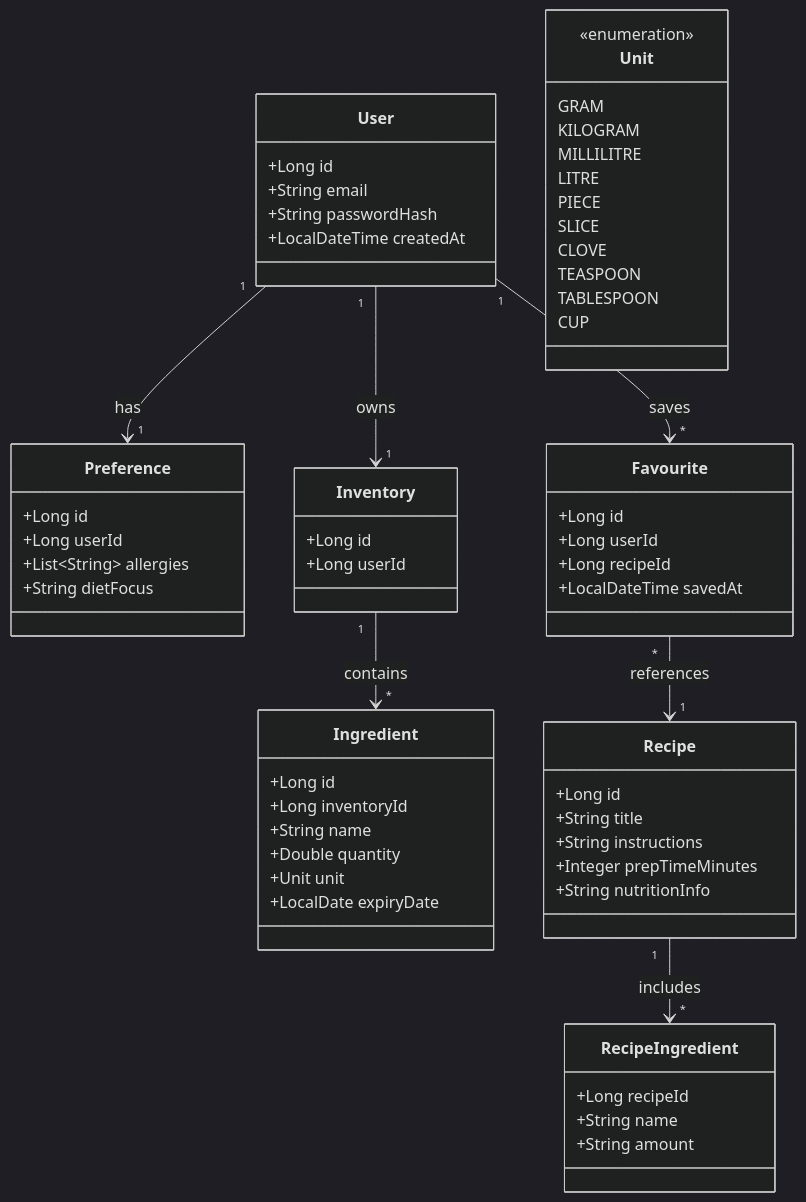
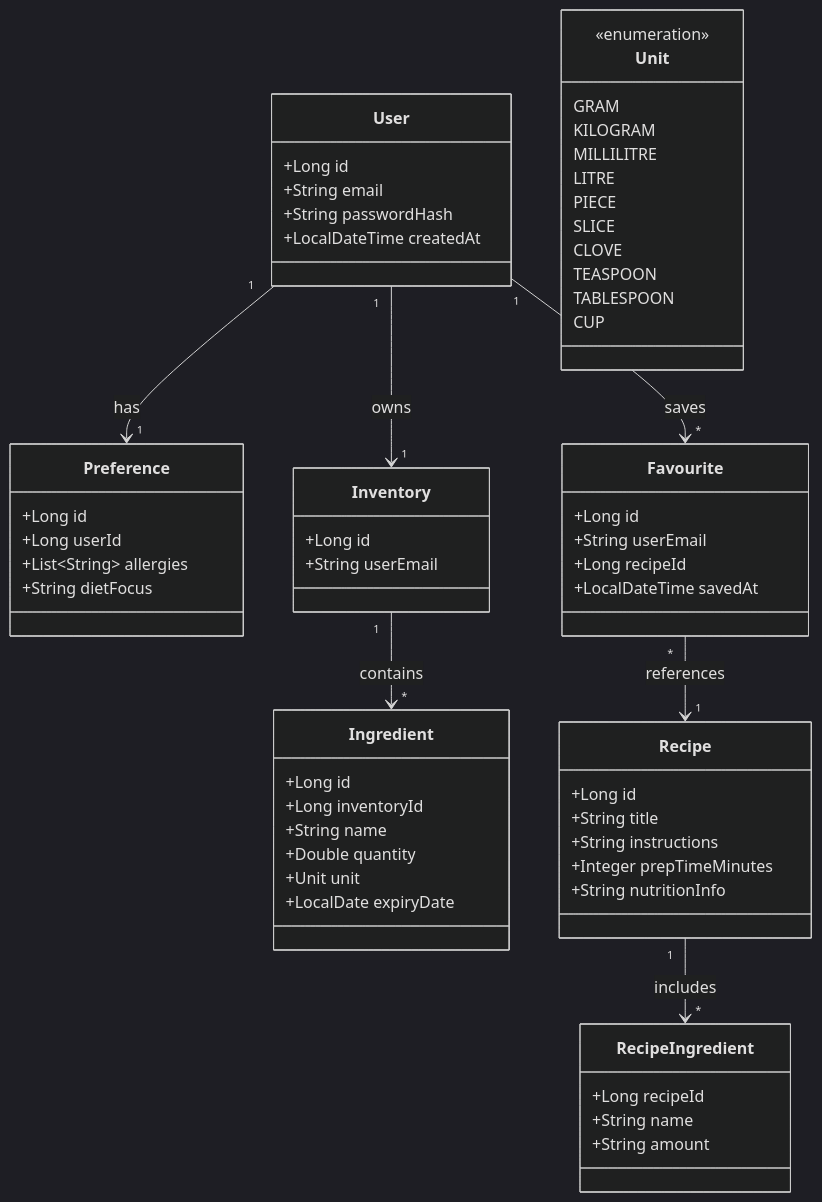
One commit to AET-DevOps26/team-efficiency-o-ubahn changed the first of 3 diagrams in system-structure.md. Above: the diagram before and after it, drawn with Mermaid (dark theme). The commit also changed other lines of this file and 2 other files, not shown here.

````diff
--- a/system-structure.md
+++ b/system-structure.md
@@ -34,64 +34,64 @@
 ```mermaid
 classDiagram
     class User {
         +Long id
         +String email
         +String passwordHash
         +LocalDateTime createdAt
     }
     class Preference {
         +Long id
         +Long userId
         +List~String~ allergies
         +String dietFocus
     }
     class Ingredient {
         +Long id
         +Long inventoryId
         +String name
         +Double quantity
         +Unit unit
         +LocalDate expiryDate
     }
     class Inventory {
         +Long id
-        +Long userId
+        +String userEmail
     }
     class Recipe {
         +Long id
         +String title
         +String instructions
         +Integer prepTimeMinutes
         +String nutritionInfo
     }
     class RecipeIngredient {
         +Long recipeId
         +String name
         +String amount
     }
     class Favourite {
         +Long id
-        +Long userId
+        +String userEmail
         +Long recipeId
         +LocalDateTime savedAt
     }
     class Unit {
         <<enumeration>>
         GRAM
         KILOGRAM
         MILLILITRE
         LITRE
         PIECE
         SLICE
         CLOVE
         TEASPOON
         TABLESPOON
         CUP
     }
     User "1" --> "1" Preference : has
     User "1" --> "1" Inventory : owns
     Inventory "1" --> "*" Ingredient : contains
     Recipe "1" --> "*" RecipeIngredient : includes
     User "1" --> "*" Favourite : saves
     Favourite "*" --> "1" Recipe : references
 ```
````
